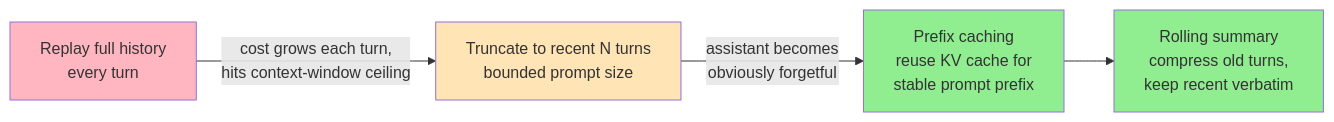
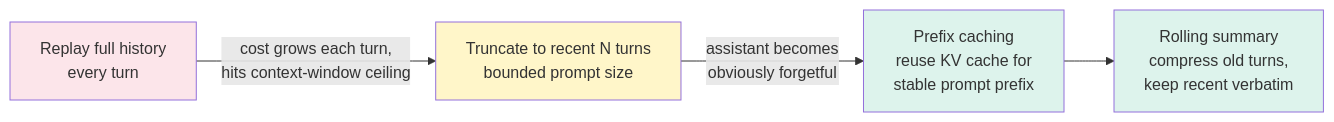
Before and after one commit to cartmancodes/InterviewVault: the third of 3 diagrams in LLD/SystemDesign/ProblemBreakdowns/Chatgpt.md, drawn with Mermaid. The commit also changed other lines of this file and 679 other files, not shown here.

Commit message:
Unify content diagrams and add accessible visual walkthroughs

````diff
--- a/LLD/SystemDesign/ProblemBreakdowns/Chatgpt.md
+++ b/LLD/SystemDesign/ProblemBreakdowns/Chatgpt.md
@@ -360,11 +360,11 @@
 ```mermaid
 graph LR
     F["Replay full history<br/>every turn"] -->|"cost grows each turn,<br/>hits context-window ceiling"| T["Truncate to recent N turns<br/>bounded prompt size"]
     T -->|"assistant becomes<br/>obviously forgetful"| PC["Prefix caching<br/>reuse KV cache for<br/>stable prompt prefix"]
     PC --> RS["Rolling summary<br/>compress old turns,<br/>keep recent verbatim"]
 
-    style F fill:#FFB6C1
-    style T fill:#FFE4B5
-    style PC fill:#90EE90
-    style RS fill:#90EE90
+    style F fill:#FCE5EA
+    style T fill:#FFF6C9
+    style PC fill:#DDF3EC
+    style RS fill:#DDF3EC
 ```
````
